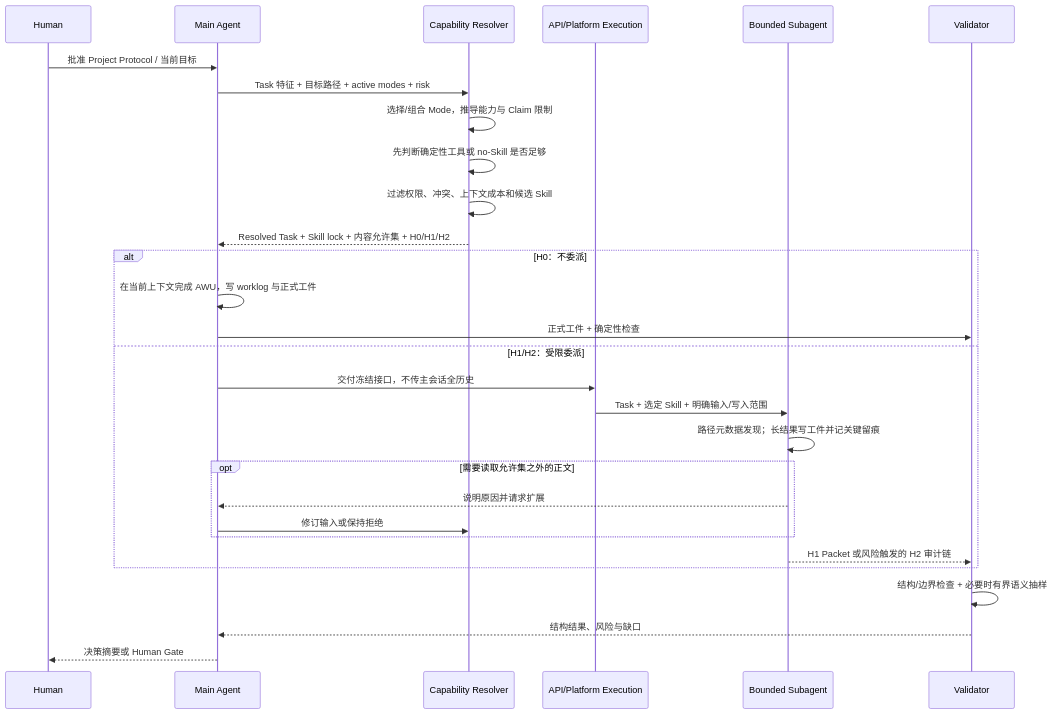
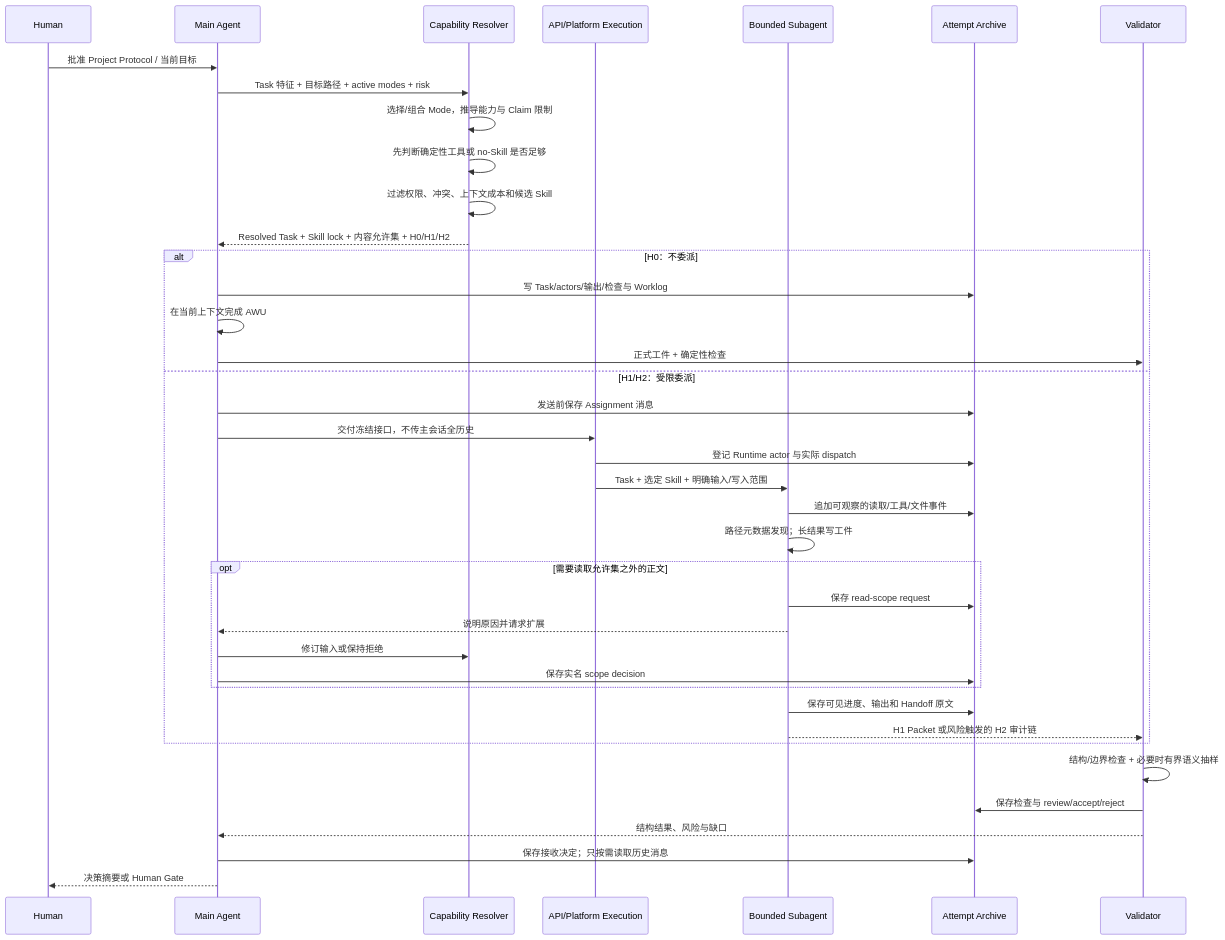
One commit to Chengyue-Lu/research-agent-workbench changed the second of 2 diagrams in docs/ARCHITECTURE.md. Above: the diagram before and after it, drawn with Mermaid. The commit also changed other lines of this file and 29 other files, not shown here.

````diff
--- a/docs/ARCHITECTURE.md
+++ b/docs/ARCHITECTURE.md
@@ -150,32 +158,42 @@
 ```mermaid
 sequenceDiagram
     participant H as Human
     participant M as Main Agent
     participant R as Capability Resolver
     participant E as API/Platform Execution
     participant S as Bounded Subagent
+    participant A as Attempt Archive
     participant V as Validator
 
     H->>M: 批准 Project Protocol / 当前目标
     M->>R: Task 特征 + 目标路径 + active modes + risk
     R->>R: 选择/组合 Mode，推导能力与 Claim 限制
     R->>R: 先判断确定性工具或 no-Skill 是否足够
     R->>R: 过滤权限、冲突、上下文成本和候选 Skill
     R-->>M: Resolved Task + Skill lock + 内容允许集 + H0/H1/H2
     alt H0：不委派
-        M->>M: 在当前上下文完成 AWU，写 worklog 与正式工件
+        M->>A: 写 Task/actors/输出/检查与 Worklog
+        M->>M: 在当前上下文完成 AWU
         M->>V: 正式工件 + 确定性检查
     else H1/H2：受限委派
+        M->>A: 发送前保存 Assignment 消息
         M->>E: 交付冻结接口，不传主会话全历史
+        E->>A: 登记 Runtime actor 与实际 dispatch
         E->>S: Task + 选定 Skill + 明确输入/写入范围
-        S->>S: 路径元数据发现；长结果写工件并记关键留痕
+        S->>A: 追加可观察的读取/工具/文件事件
+        S->>S: 路径元数据发现；长结果写工件
         opt 需要读取允许集之外的正文
+            S->>A: 保存 read-scope request
             S-->>M: 说明原因并请求扩展
             M->>R: 修订输入或保持拒绝
+            M->>A: 保存实名 scope decision
         end
+        S->>A: 保存可见进度、输出和 Handoff 原文
         S-->>V: H1 Packet 或风险触发的 H2 审计链
     end
     V->>V: 结构/边界检查 + 必要时有界语义抽样
+    V->>A: 保存检查与 review/accept/reject
     V-->>M: 结构结果、风险与缺口
+    M->>A: 保存接收决定；只按需读取历史消息
     M-->>H: 决策摘要或 Human Gate
 ```
````
